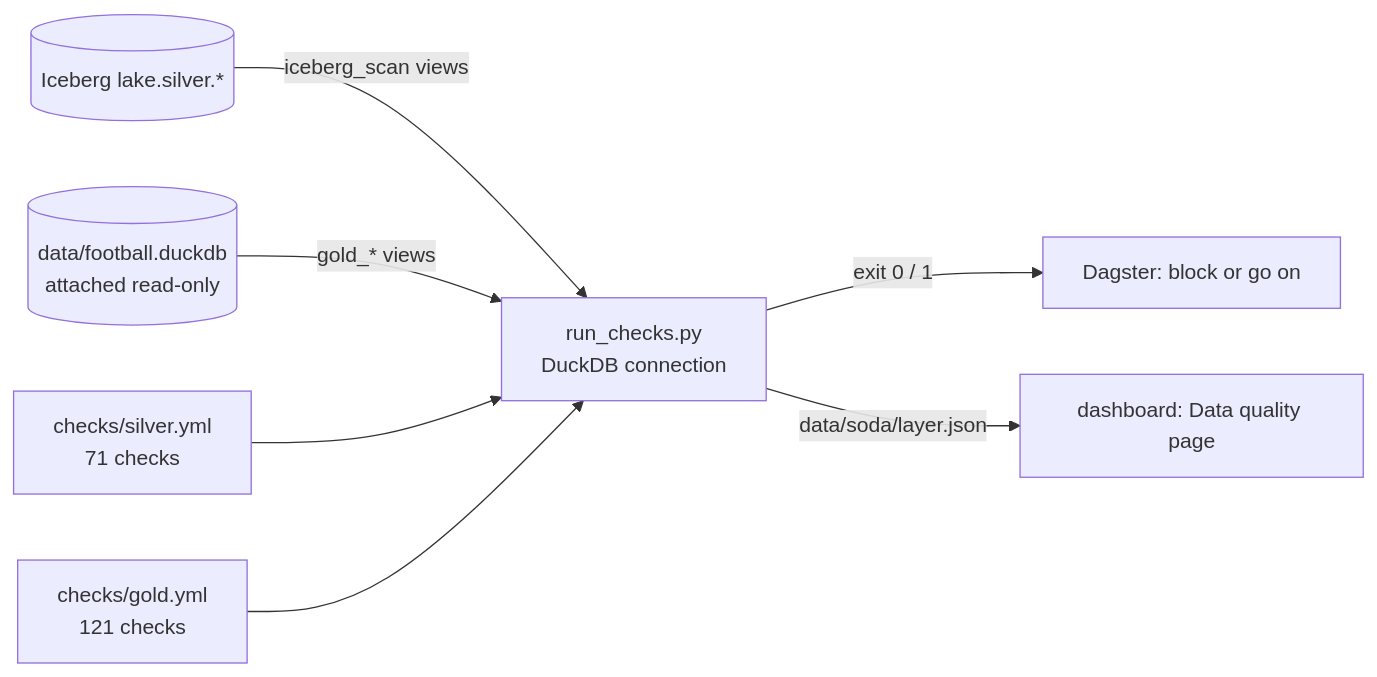
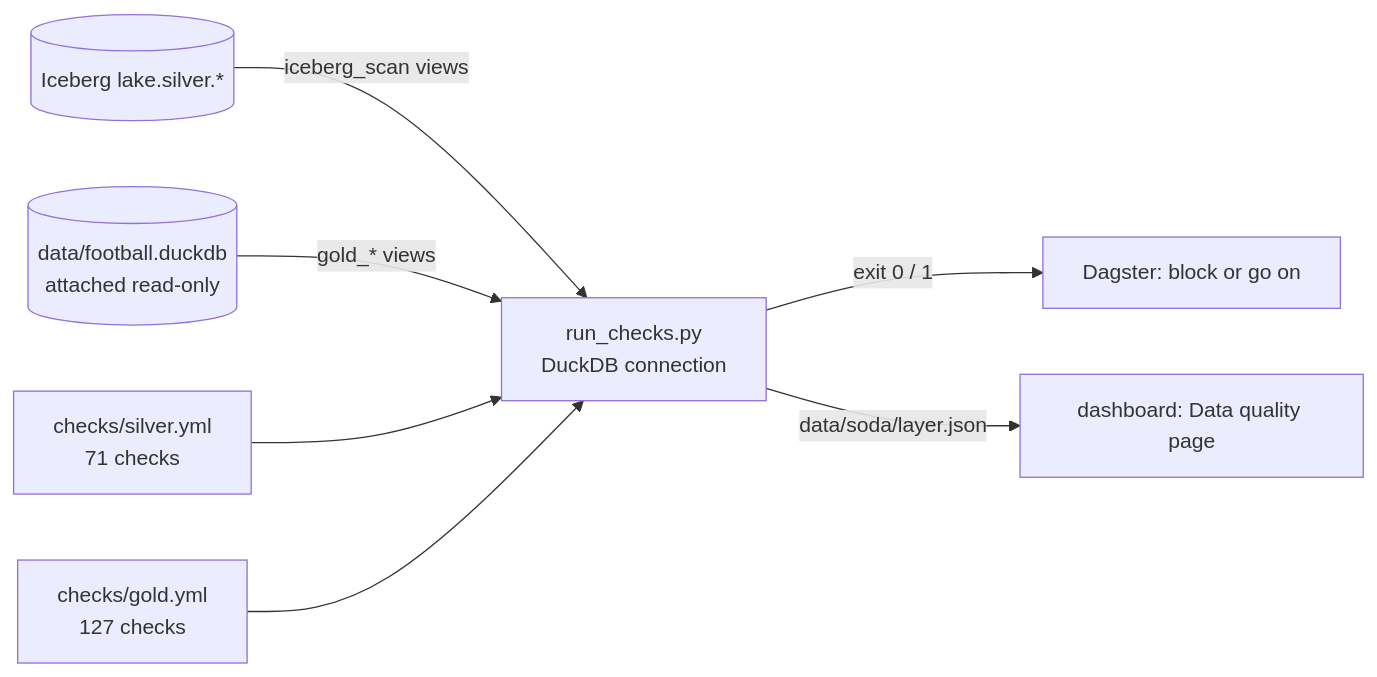
The diagram in soda/README.md (Anaximandr0s/football-data-platform), drawn with Mermaid before and after one commit. The commit also changed other lines of this file and 10 other files, not shown here.

````diff
--- a/soda/README.md
+++ b/soda/README.md
@@ -7,9 +7,9 @@
 ```mermaid
 flowchart LR
     S[(Iceberg lake.silver.*)] -->|iceberg_scan views| R[run_checks.py<br/>DuckDB connection]
     G[(data/football.duckdb<br/>attached read-only)] -->|gold_* views| R
     C1[checks/silver.yml<br/>71 checks] --> R
-    C2[checks/gold.yml<br/>121 checks] --> R
+    C2[checks/gold.yml<br/>127 checks] --> R
     R -->|exit 0 / 1| D[Dagster: block or go on]
     R -->|data/soda/layer.json| A[dashboard: Data quality page]
 ```
````
